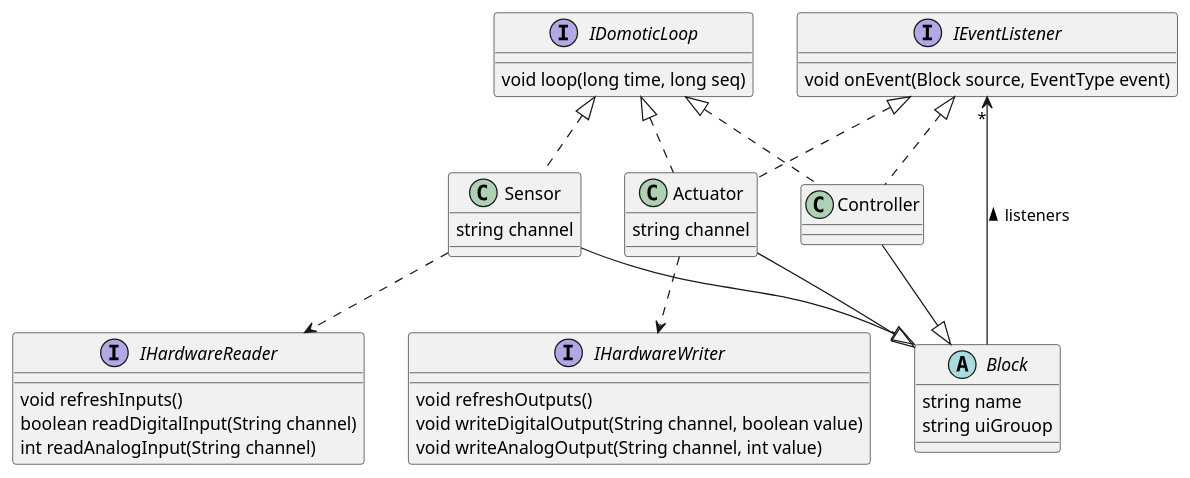
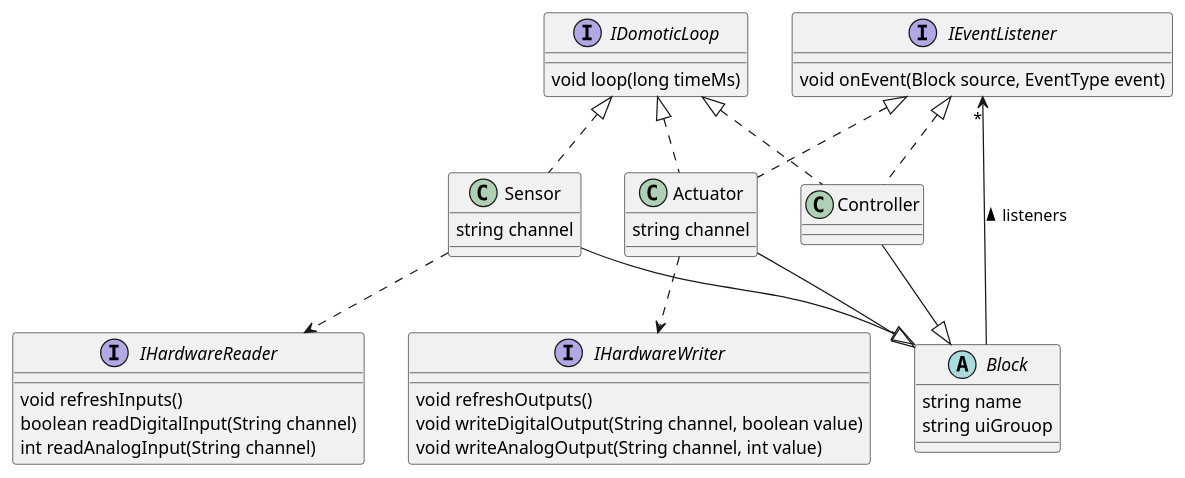
The second of 3 diagrams in DESIGN.md (dvaneynde/hwdriver), drawn with PlantUML before and after one commit. The commit also changed other lines of this file and 7 other files, not shown here.

Commit message:
Remove sequence from loop(), since it is not used nor useful.

````diff
--- a/DESIGN.md
+++ b/DESIGN.md
@@ -87,61 +87,61 @@
 ```plantuml
 @startuml
 
 abstract class Block {
     string name
     string uiGrouop
 }
 
 interface IDomoticLoop {
-    void loop(long time, long seq)
+    void loop(long timeMs)
 }
 
 interface IEventListener {
     void onEvent(Block source, EventType event)
 }
 
 class Sensor  {
     string channel
 }
 
 class Controller {
 
 }
 
 class Actuator {
     string channel
 }
 
 interface IHardwareReader {
     void refreshInputs()
     boolean readDigitalInput(String channel)
     int readAnalogInput(String channel)
 
 }
 
 interface IHardwareWriter {
     void refreshOutputs()
     void writeDigitalOutput(String channel, boolean value)
     void writeAnalogOutput(String channel, int value)
 
 }
 
 IDomoticLoop <|.. Sensor
 IDomoticLoop <|.. Controller
 IEventListener <|.. Controller
 IDomoticLoop <|.. Actuator
 IEventListener <|.. Actuator
 
 Sensor ..> IHardwareReader
 
 Sensor --|> Block
 Controller --|> Block
 Actuator --|> Block
 
 Actuator ..> IHardwareWriter
 
 IEventListener "*" <-- Block  : listeners <
 
 
 @enduml
 ```
````
